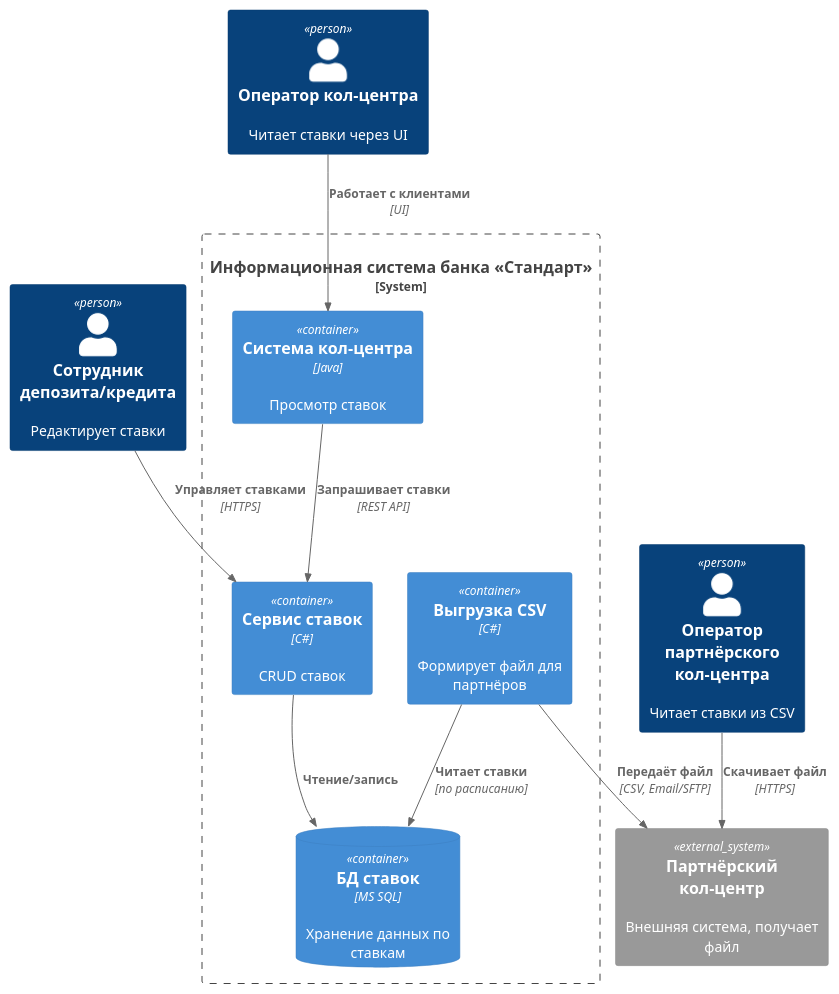
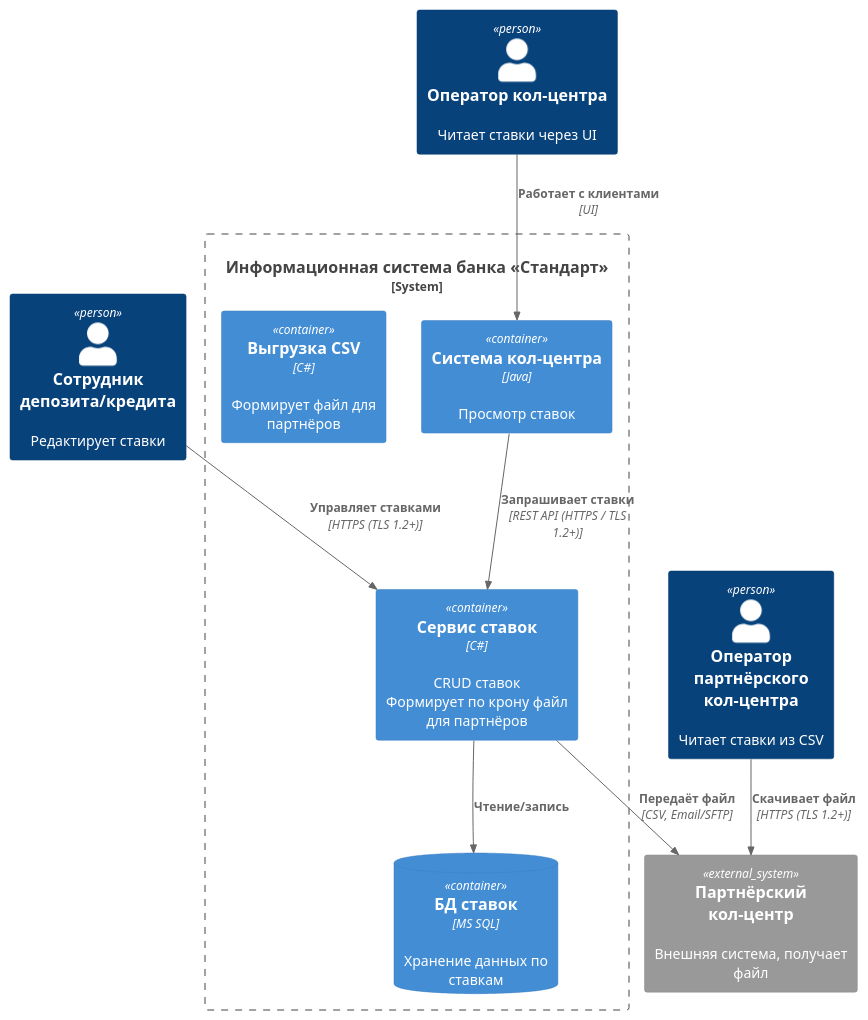
One commit to theart84/architecture-standart changed the diagram in task4/container.puml. Above: the diagram before and after it, drawn with PlantUML. The commit also changed 5 other files, not shown here.

```diff
--- a/task4/container.puml
+++ b/task4/container.puml
@@ -1,25 +1,24 @@
 @startuml
 !include <C4/C4_Container>
 
 Person(staff, "Сотрудник депозита/кредита", "Редактирует ставки")
 Person(operator, "Оператор кол-центра", "Читает ставки через UI")
 Person(partnerOperator, "Оператор партнёрского кол-центра", "Читает ставки из CSV")
 
 System_Boundary(coreBanking, "Информационная система банка «Стандарт»") {
-    Container(ratesService, "Сервис ставок", "C#", "CRUD ставок")
+    Container(ratesService, "Сервис ставок", "C#", "CRUD ставок\nФормирует по крону файл для партнёров")
     ContainerDb(ratesDb, "БД ставок", "MS SQL", "Хранение данных по ставкам")
     Container(contactCenter, "Система кол-центра", "Java", "Просмотр ставок")
     Container(fileExporter, "Выгрузка CSV", "С#", "Формирует файл для партнёров")
 }
 
 System_Ext(partnerCenter, "Партнёрский кол-центр", "Внешняя система, получает файл")
 
-Rel(staff, ratesService, "Управляет ставками", "HTTPS")
+Rel(staff, ratesService, "Управляет ставками", "HTTPS (TLS 1.2+)")
 Rel(operator, contactCenter, "Работает с клиентами", "UI")
-Rel(contactCenter, ratesService, "Запрашивает ставки", "REST API")
+Rel(contactCenter, ratesService, "Запрашивает ставки", "REST API (HTTPS / TLS 1.2+)")
 Rel(ratesService, ratesDb, "Чтение/запись")
-Rel(fileExporter, ratesDb, "Читает ставки", "по расписанию")
-Rel(fileExporter, partnerCenter, "Передаёт файл", "CSV, Email/SFTP")
-Rel(partnerOperator, partnerCenter, "Скачивает файл", "HTTPS")
+Rel(ratesService, partnerCenter, "Передаёт файл", "CSV, Email/SFTP")
+Rel(partnerOperator, partnerCenter, "Скачивает файл", "HTTPS (TLS 1.2+)")
 
 @enduml
```
